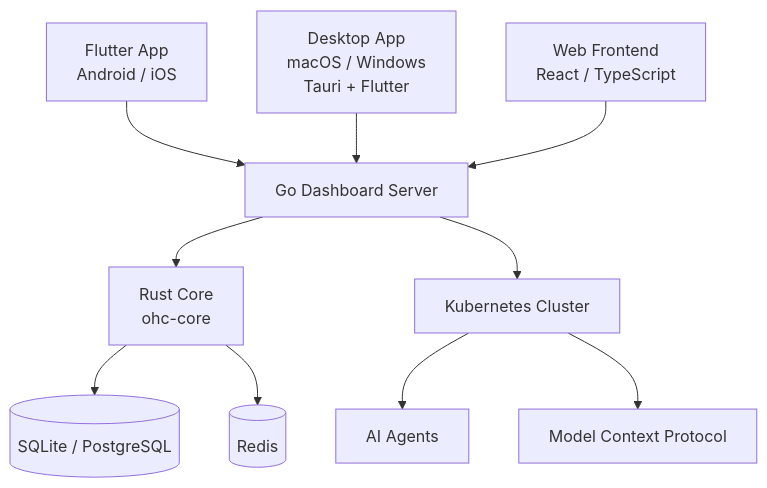
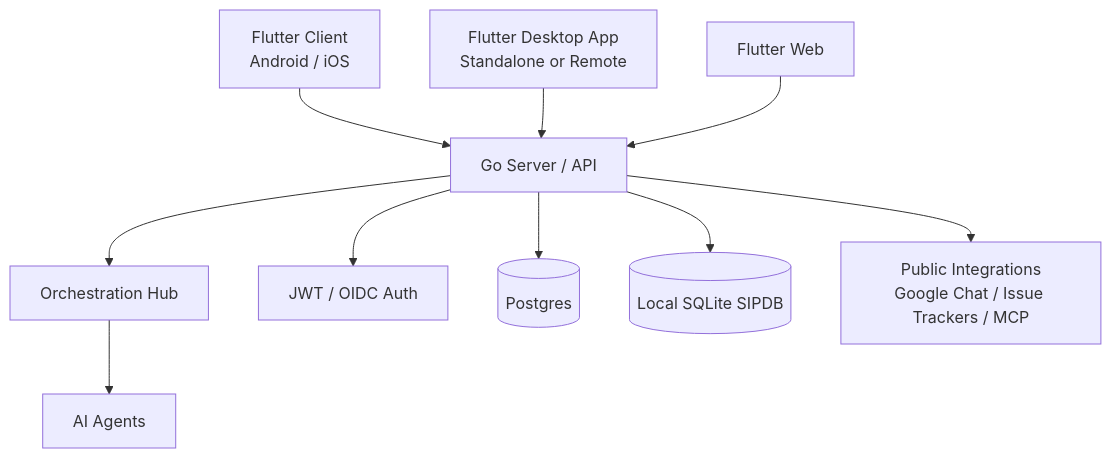
The diagram in README.md (omnisolo-llc/onehumancorp), drawn with Mermaid before and after one commit. The commit also changed other lines of this file and 86 other files, not shown here.

First line of the commit message:
feat: implement PostgreSQL-backed repositories for user authentication, billing, orchestration, and scheduling (#875)

````diff
--- a/README.md
+++ b/README.md
@@ -15,12 +17,12 @@
 ```mermaid
 graph TD;
-    MobileApp[Flutter App\nAndroid / iOS] --> API[Go Dashboard Server];
-    DesktopApp[Desktop App\nmacOS / Windows\nTauri + Flutter] --> API;
-    WebApp[Web Frontend\nReact / TypeScript] --> API;
-    API --> Core[Rust Core\nohc-core];
-    API --> K8s[Kubernetes Cluster];
-    K8s --> Agents[AI Agents];
-    Core --> DB[(SQLite / PostgreSQL)];
-    Core --> Redis[(Redis)];
-    K8s --> MCP[Model Context Protocol];
+    MobileClient[Flutter Client\nAndroid / iOS] --> API[Go Server / API];
+    DesktopClient[Flutter Desktop App\nStandalone or Remote] --> API;
+    WebClient[Flutter Web] --> API;
+    API --> Orchestration[Orchestration Hub];
+    API --> Auth[JWT / OIDC Auth];
+    Orchestration --> Agents[AI Agents];
+    API --> Postgres[(Postgres)];
+    API --> SQLite[(Local SQLite SIPDB)];
+    API --> Integrations[Public Integrations\nGoogle Chat / Issue Trackers / MCP];
 ```
````
